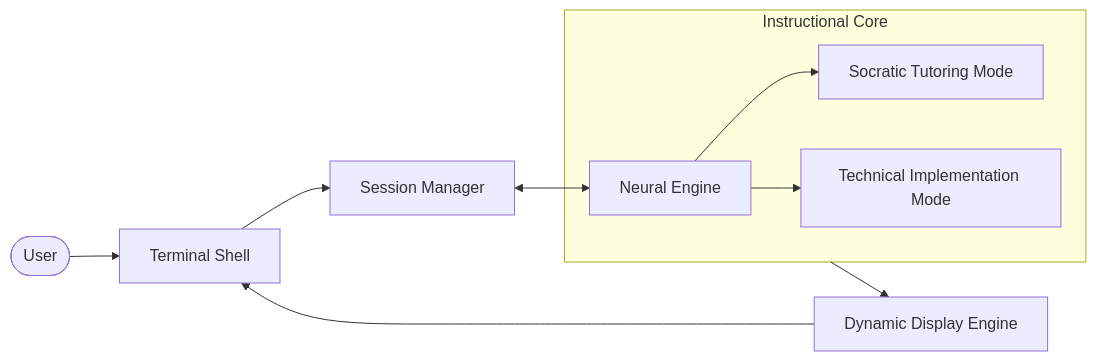
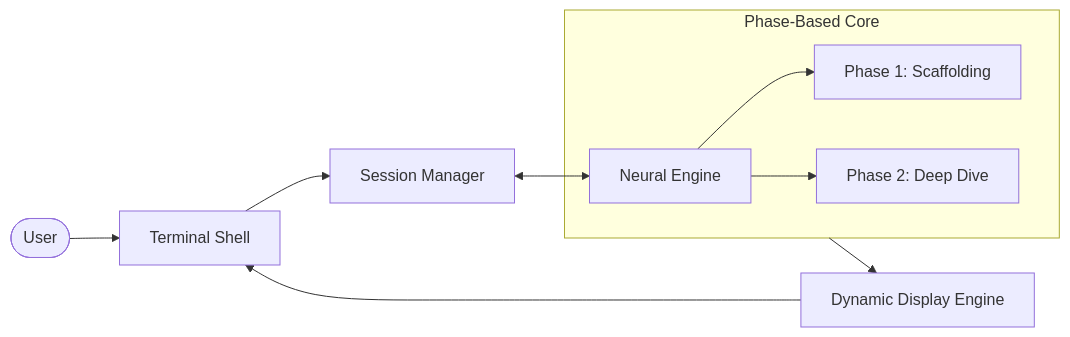
Before and after one commit to MTE1991/HintFlow: the diagram in README.md, drawn with Mermaid. The commit also changed other lines of this file and 2 other files, not shown here.

First line of the commit message:
feat: Enhance AI tutoring capabilities

````diff
--- a/README.md
+++ b/README.md
@@ -83,14 +56,14 @@
 ```mermaid
 graph LR
     User([User]) --> Terminal[Terminal Shell]
     Terminal --> State[Session Manager]
     State <--> AI[Neural Engine]
     
-    subgraph Logic [Instructional Core]
-        AI --> Socratic[Socratic Tutoring Mode]
-        AI --> Expert[Technical Implementation Mode]
+    subgraph Execution [Phase-Based Core]
+        AI --> HINTS[Phase 1: Scaffolding]
+        AI --> SOLUTIONS[Phase 2: Deep Dive]
     end
     
-    Logic --> Rendering[Dynamic Display Engine]
+    Execution --> Rendering[Dynamic Display Engine]
     Rendering --> Terminal
 ```
````
